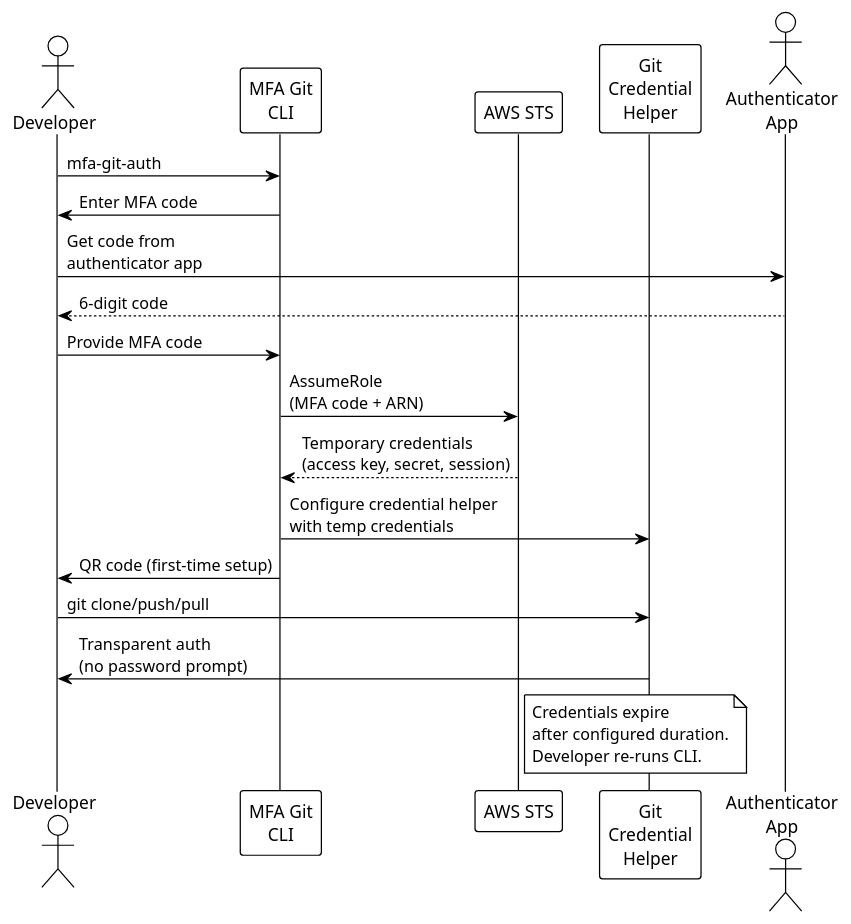
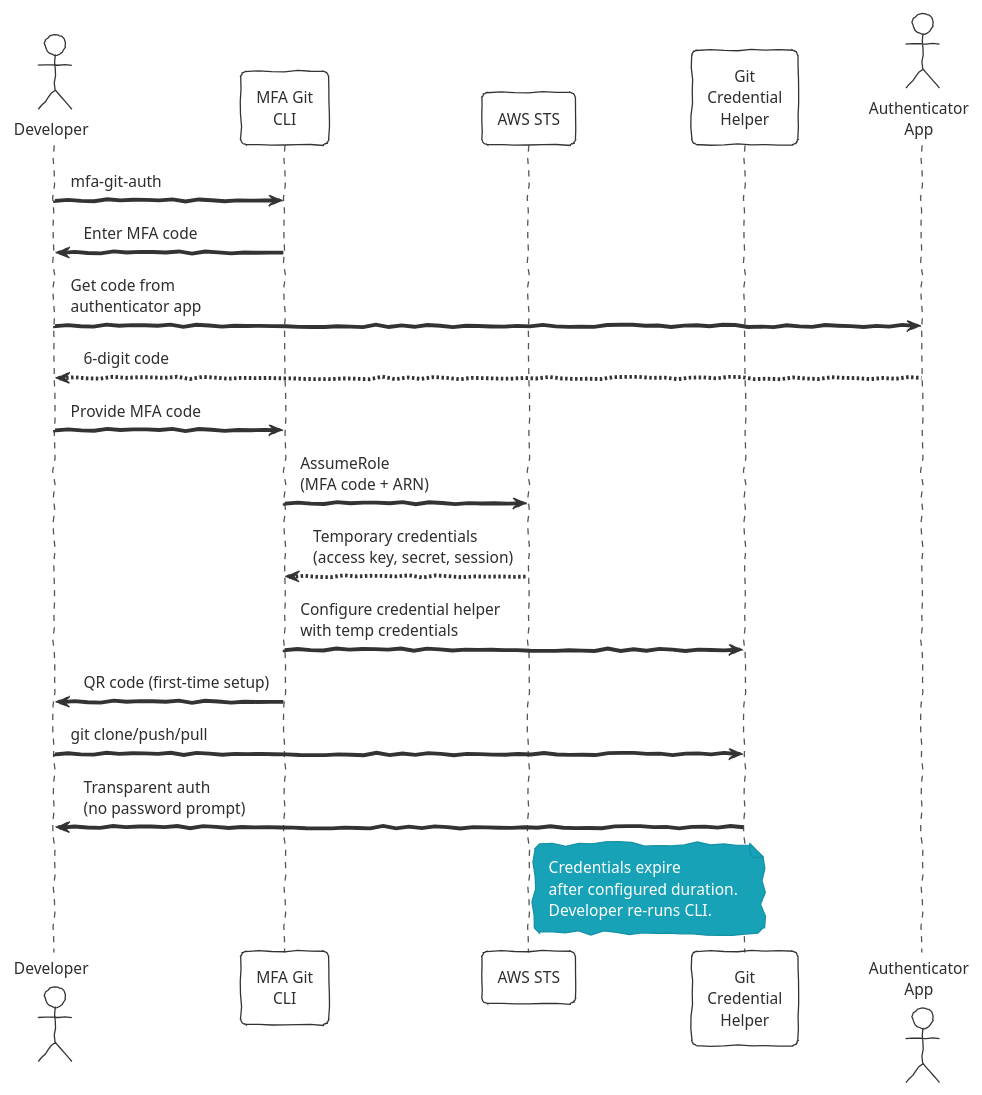
Before and after one commit to yokharian/mfa-git-access-cli: the diagram in diagram.puml, drawn with PlantUML. The commit also changed 1 other file, not shown here.

Commit message:
docs: embed diagram in README via plantuml proxy and fix diagram syntax

```diff
--- a/diagram.puml
+++ b/diagram.puml
@@ -1,32 +1,32 @@
 @startuml MFA Git Access CLI
-!theme plain
+!theme sketchy-outline
 skinparam componentStyle rectangle
 
 actor "Developer" as dev
 participant "MFA Git\nCLI" as cli
 participant "AWS STS" as sts
 participant "Git\nCredential\nHelper" as git
 actor "Authenticator\nApp" as mfa
 
 dev -> cli: mfa-git-auth
 cli -> dev: Enter MFA code
 dev -> mfa: Get code from\nauthenticator app
 mfa --> dev: 6-digit code
 dev -> cli: Provide MFA code
 
 cli -> sts: AssumeRole\n(MFA code + ARN)
 sts --> cli: Temporary credentials\n(access key, secret, session)
 
 cli -> git: Configure credential helper\nwith temp credentials
 cli -> dev: QR code (first-time setup)
 
 dev -> git: git clone/push/pull
 git -> dev: Transparent auth\n(no password prompt)
 
 note right of sts
   Credentials expire
   after configured duration.
   Developer re-runs CLI.
 end note
 
 @enduml
```
